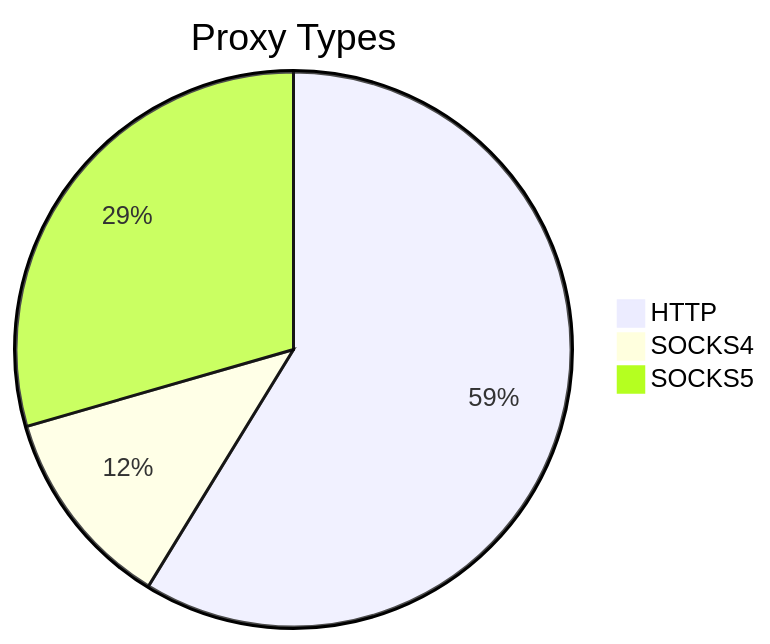
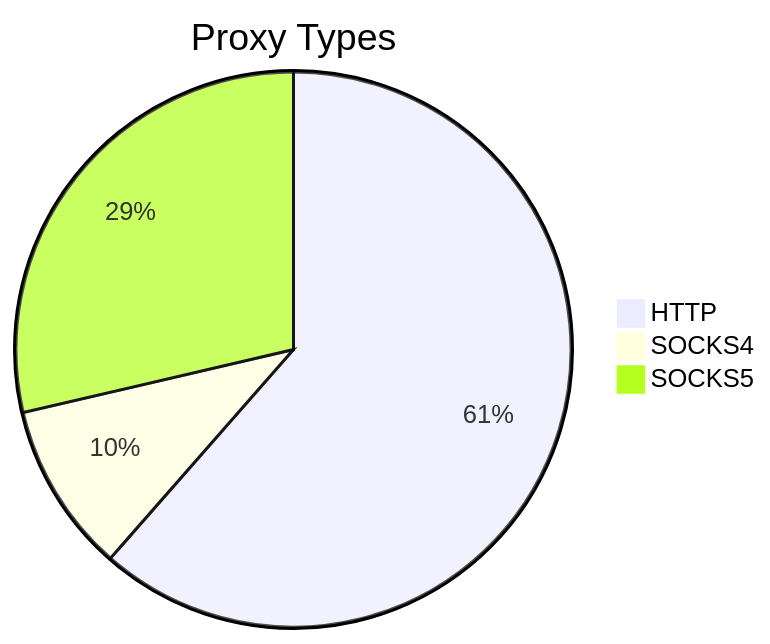
One commit to stormsia/proxy-list changed the first of 2 diagrams in README.md. Above: the diagram before and after it, drawn with Mermaid. The commit also changed other lines of this file, not shown here.

````diff
--- a/README.md
+++ b/README.md
@@ -21,6 +21,6 @@
 ```mermaid
 pie title Proxy Types
-    "HTTP" : 329
-    "SOCKS4" : 66
-    "SOCKS5" : 165
+    "HTTP" : 236
+    "SOCKS4" : 38
+    "SOCKS5" : 110
 ```
````
